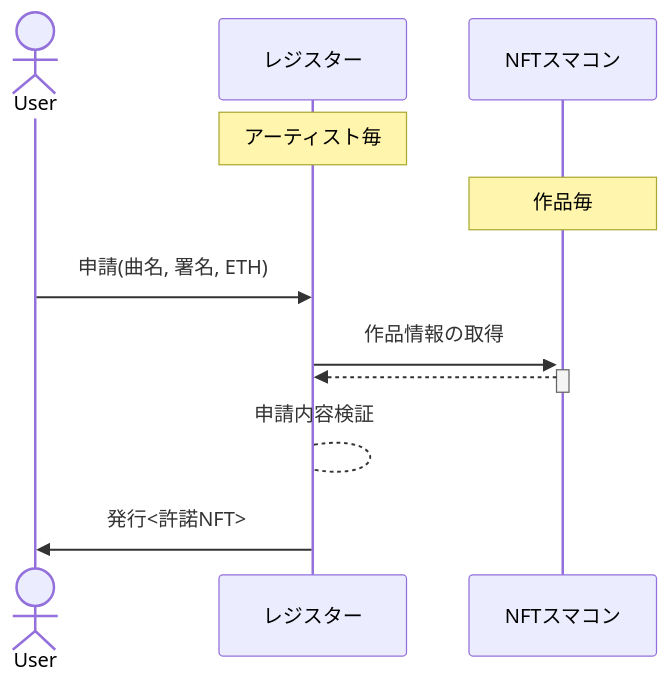
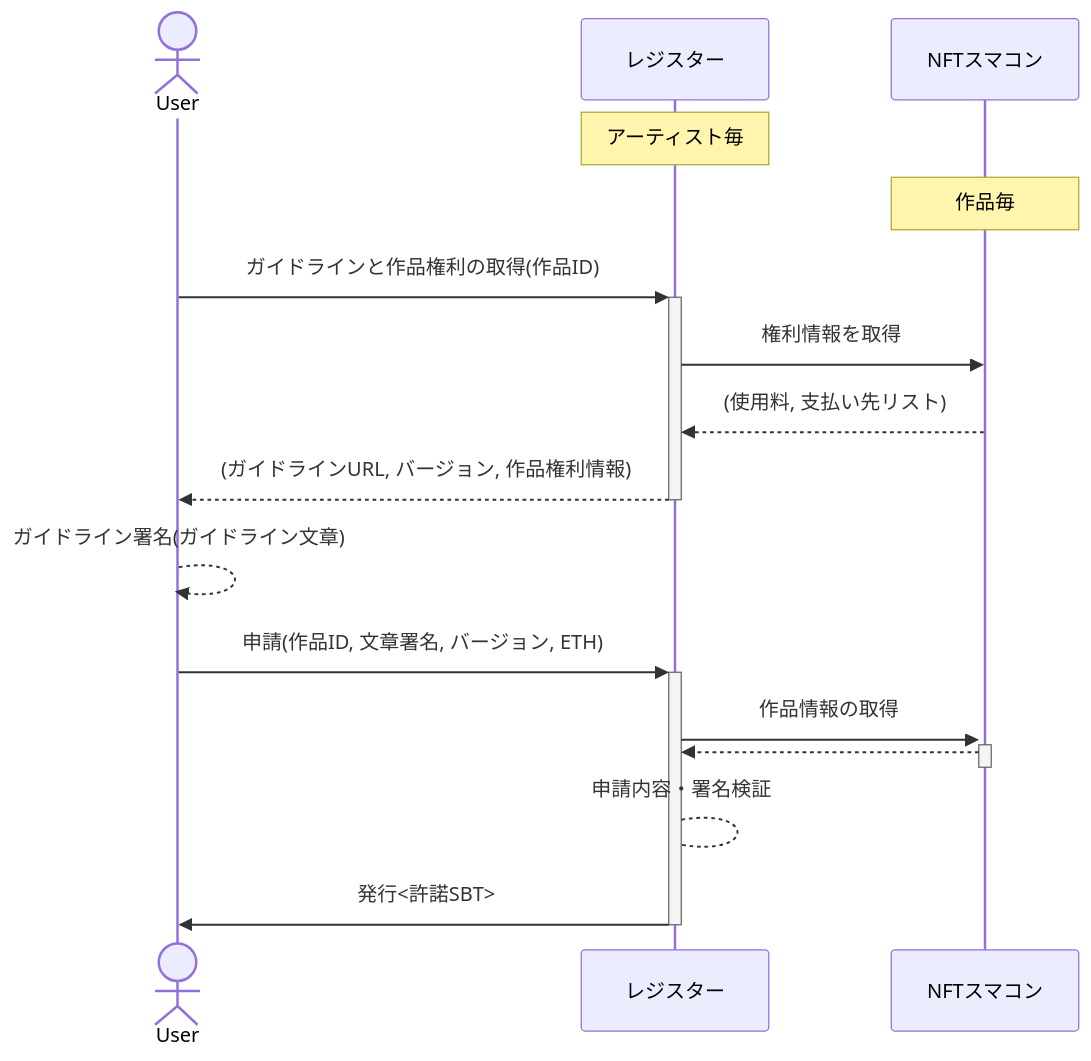
Before and after one commit to junyatakechi/SmArtworksContract: the first of 3 diagrams in README.md, drawn with Mermaid. The commit also changed other lines of this file, not shown here.

````diff
--- a/README.md
+++ b/README.md
@@ -10,13 +10,18 @@
 ```mermaid
 sequenceDiagram
     actor User;
     participant レジスター;
     Note over レジスター: アーティスト毎
     participant NFTスマコン;
     Note over NFTスマコン: 作品毎
-    User ->> レジスター: 申請(曲名, 署名, ETH)
+    User ->>+ レジスター: ガイドラインと作品権利の取得(作品ID)
+    レジスター ->> NFTスマコン: 権利情報を取得
+    NFTスマコン -->> レジスター: (使用料, 支払い先リスト)
+    レジスター -->>- User: (ガイドラインURL, バージョン, 作品権利情報)
+    User -->> User: ガイドライン署名(ガイドライン文章)
+    User ->>+ レジスター: 申請(作品ID, 文章署名, バージョン, ETH)
     レジスター ->>+ NFTスマコン: 作品情報の取得
     NFTスマコン -->>- レジスター: 
-    レジスター --> レジスター: 申請内容検証
-    レジスター ->> User: 発行<許諾NFT>
+    レジスター --> レジスター: 申請内容・署名検証
+    レジスター ->>- User: 発行<許諾SBT>
 ```
````
